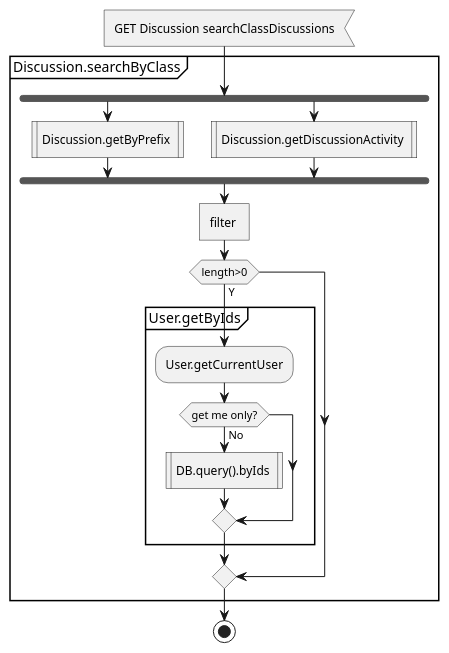
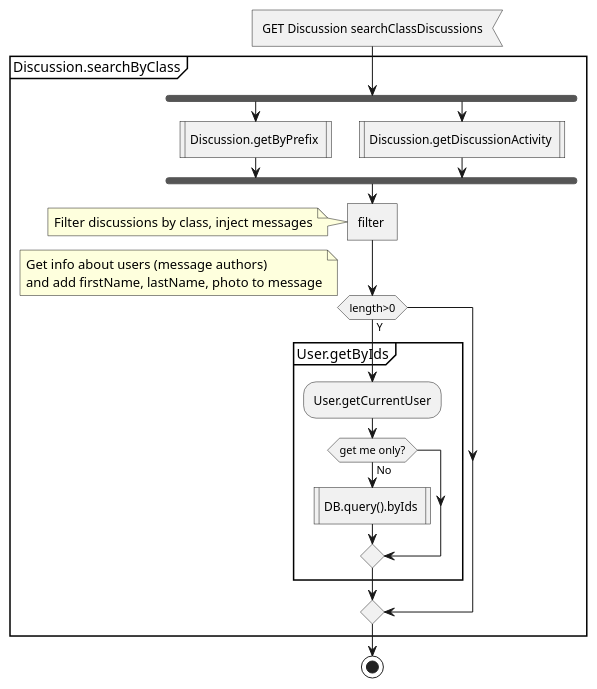
One commit to MaxXx1313/testwiki changed the diagram in controller/img/Discussion_GET_searchClassDiscussions.wsd. Above: the diagram before and after it, drawn with PlantUML. The commit also changed 2 other files, not shown here.

```diff
--- a/controller/img/Discussion_GET_searchClassDiscussions.wsd
+++ b/controller/img/Discussion_GET_searchClassDiscussions.wsd
@@ -1,27 +1,34 @@
 @startuml
 
 
 :GET Discussion searchClassDiscussions<
 
 partition Discussion.searchByClass {
     fork
       :Discussion.getByPrefix |
     fork again
       :Discussion.getDiscussionActivity |
     end fork
+
     :filter ]
+    note left: Filter discussions by class, inject messages
 
     if (length>0) then (Y)
+
+        note left
+         Get info about users (message authors)
+         and add firstName, lastName, photo to message
+        end note
 
         partition User.getByIds {
             :User.getCurrentUser;
             if (get me only?) then (No)
                 :DB.query().byIds |
             endif;
         }
 
     endif;
 }
 stop
 
 @enduml
```
